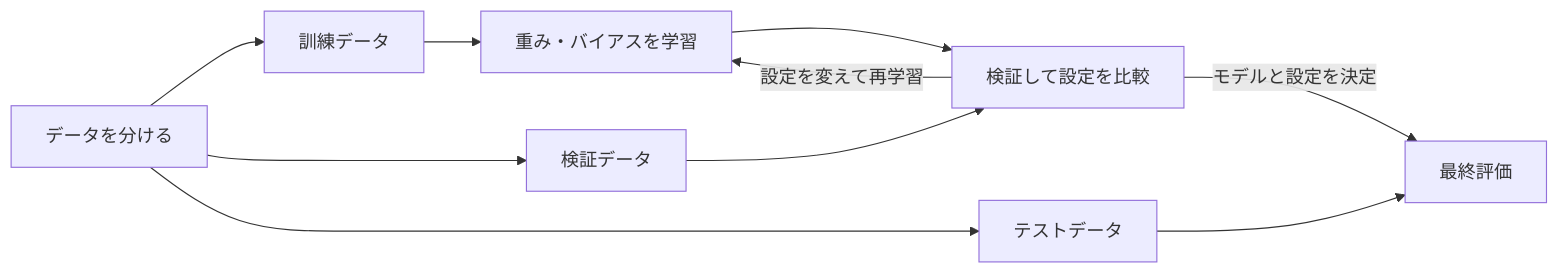
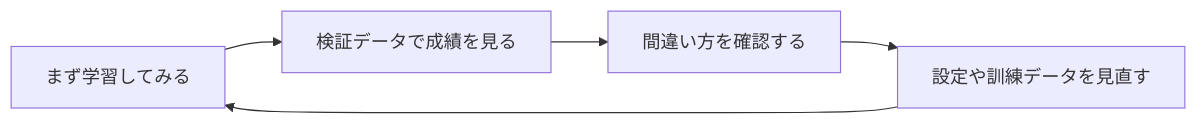
One commit to chibiham/lessons changed the diagram in deep-learning-introduction/4_evaluation_and_tuning.md. Above: the diagram before and after it, drawn with Mermaid. The commit also changed other lines of this file and 2 other files, not shown here.

````diff
--- a/deep-learning-introduction/4_evaluation_and_tuning.md
+++ b/deep-learning-introduction/4_evaluation_and_tuning.md
@@ -15,12 +234,7 @@
 ```mermaid
 flowchart LR
-    A[データを分ける] --> B[訓練データ]
-    A --> C[検証データ]
-    A --> D[テストデータ]
-    B --> E[重み・バイアスを学習]
-    E --> F[検証して設定を比較]
-    C --> F
-    F -->|設定を変えて再学習| E
-    F -->|モデルと設定を決定| G[最終評価]
-    D --> G
+    A[まず学習してみる] --> B[検証データで成績を見る]
+    B --> C[間違い方を確認する]
+    C --> D[設定や訓練データを見直す]
+    D --> A
 ```
````
